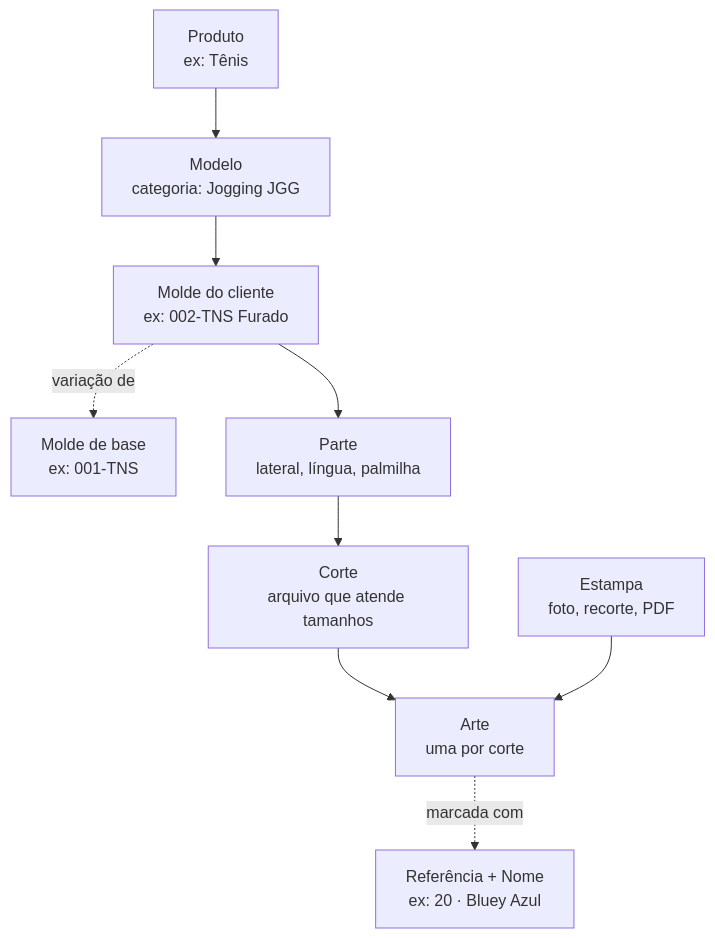
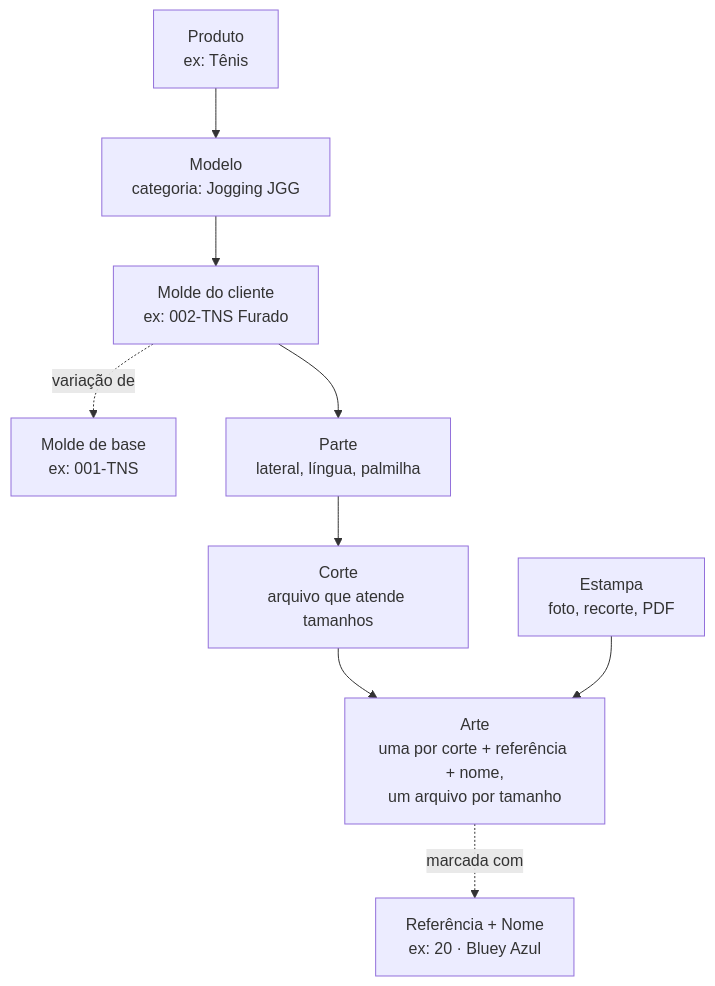
One commit to dioneyagni/neajud changed the first of 2 diagrams in docs/plano.md. Above: the diagram before and after it, drawn with Mermaid. The commit also changed other lines of this file and 2 other files, not shown here.

````diff
--- a/docs/plano.md
+++ b/docs/plano.md
@@ -25,11 +25,11 @@
 ```mermaid
 flowchart TD
     P[Produto<br/>ex: Tênis] --> M[Modelo<br/>categoria: Jogging JGG]
     M --> MO[Molde do cliente<br/>ex: 002-TNS Furado]
     MO -. variação de .-> MO0[Molde de base<br/>ex: 001-TNS]
     MO --> PA[Parte<br/>lateral, língua, palmilha]
     PA --> C[Corte<br/>arquivo que atende tamanhos]
-    C --> A[Arte<br/>uma por corte]
+    C --> A[Arte<br/>uma por corte + referência + nome,<br/>um arquivo por tamanho]
     A -. marcada com .-> R[Referência + Nome<br/>ex: 20 · Bluey Azul]
     E[Estampa<br/>foto, recorte, PDF] --> A
 ```
````
